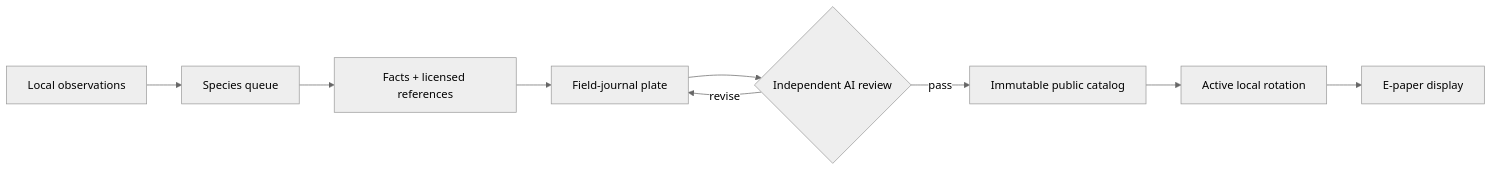
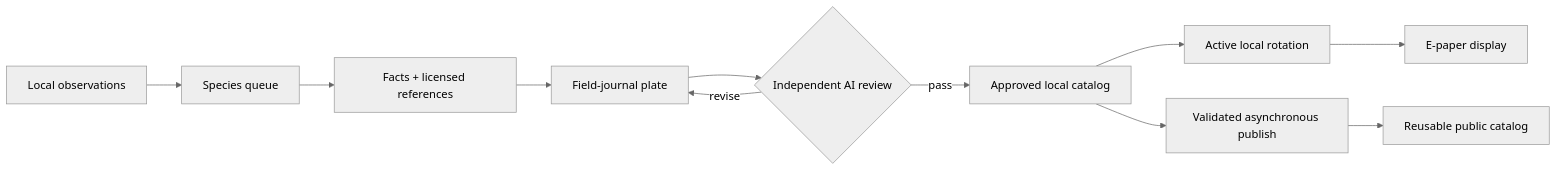
Before and after one commit to veteranbv/inky-bird-frame: the diagram in README.md, drawn with Mermaid (neutral theme). The commit also changed other lines of this file and 13 other files, not shown here.

Commit message:
Automate public catalog publication

````diff
--- a/README.md
+++ b/README.md
@@ -29,11 +29,13 @@
 ```mermaid
 flowchart LR
     A["Local observations"] --> B["Species queue"]
     B --> C["Facts + licensed references"]
     C --> D["Field-journal plate"]
     D --> E{"Independent AI review"}
-    E -->|pass| F["Immutable public catalog"]
+    E -->|pass| F["Approved local catalog"]
     E -->|revise| D
     F --> G["Active local rotation"]
     G --> H["E-paper display"]
+    F --> I["Validated asynchronous publish"]
+    I --> J["Reusable public catalog"]
 ```
````
